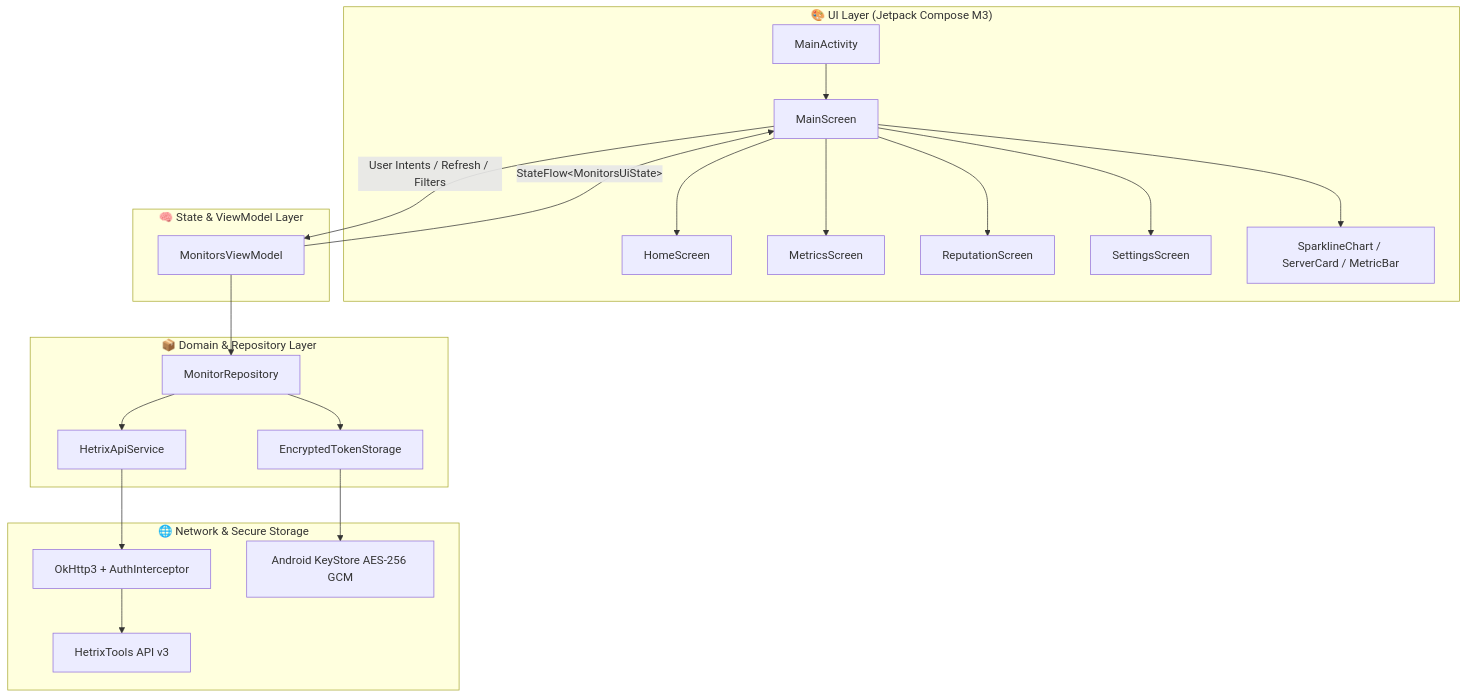
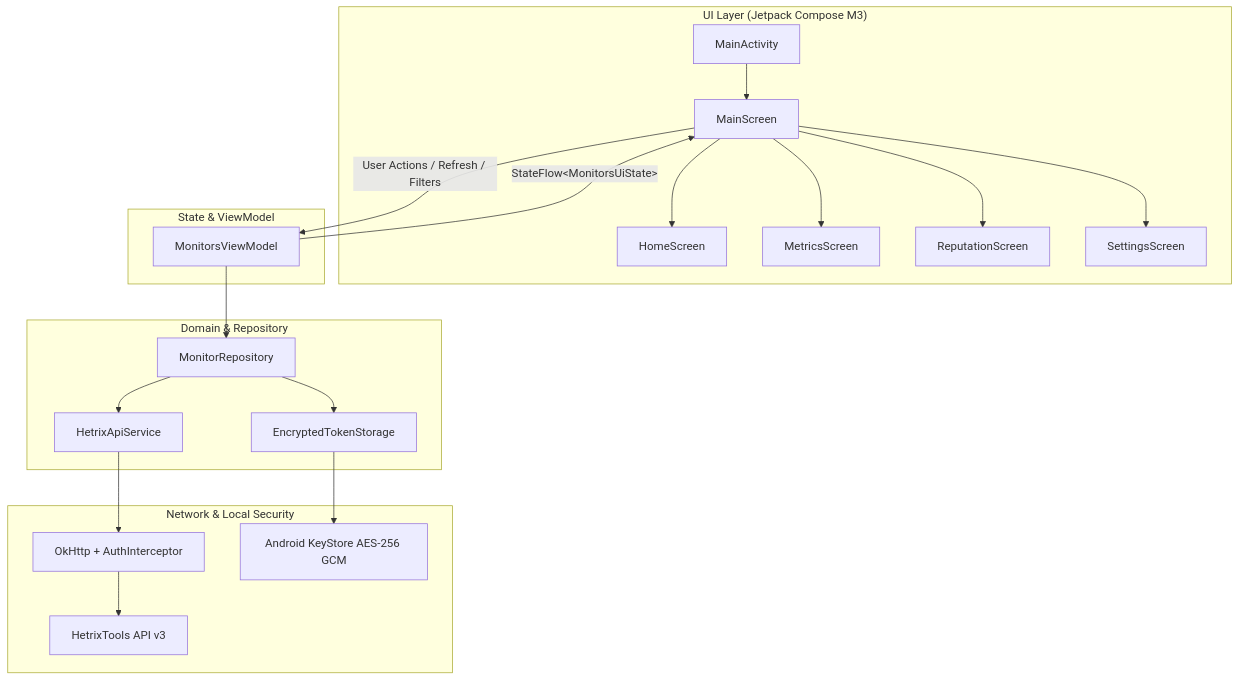
One commit to etahamad/hetrix-android changed the diagram in README.md. Above: the diagram before and after it, drawn with Mermaid. The commit also changed other lines of this file and 1 other file, not shown here.

````diff
--- a/README.md
+++ b/README.md
@@ -81,30 +61,29 @@
 ```mermaid
 flowchart TD
-    subgraph UI_Layer ["🎨 UI Layer (Jetpack Compose M3)"]
+    subgraph UI_Layer ["UI Layer (Jetpack Compose M3)"]
         A[MainActivity] --> B[MainScreen]
         B --> C[HomeScreen]
         B --> D[MetricsScreen]
         B --> E[ReputationScreen]
         B --> F[SettingsScreen]
-        B --> G[SparklineChart / ServerCard / MetricBar]
     end
 
-    subgraph State_Layer ["🧠 State & ViewModel Layer"]
+    subgraph State_Layer ["State & ViewModel"]
         H[MonitorsViewModel]
         H -->|StateFlow&lt;MonitorsUiState&gt;| B
-        B -->|User Intents / Refresh / Filters| H
+        B -->|User Actions / Refresh / Filters| H
     end
 
-    subgraph Data_Layer ["📦 Domain & Repository Layer"]
+    subgraph Data_Layer ["Domain & Repository"]
         I[MonitorRepository]
         H --> I
         I --> J[HetrixApiService]
         I --> K[EncryptedTokenStorage]
     end
 
-    subgraph Network_Layer ["🌐 Network & Secure Storage"]
-        J --> L[OkHttp3 + AuthInterceptor]
+    subgraph Network_Layer ["Network & Local Security"]
+        J --> L[OkHttp + AuthInterceptor]
         L --> M[HetrixTools API v3]
         K --> N[Android KeyStore AES-256 GCM]
     end
 ```
````
